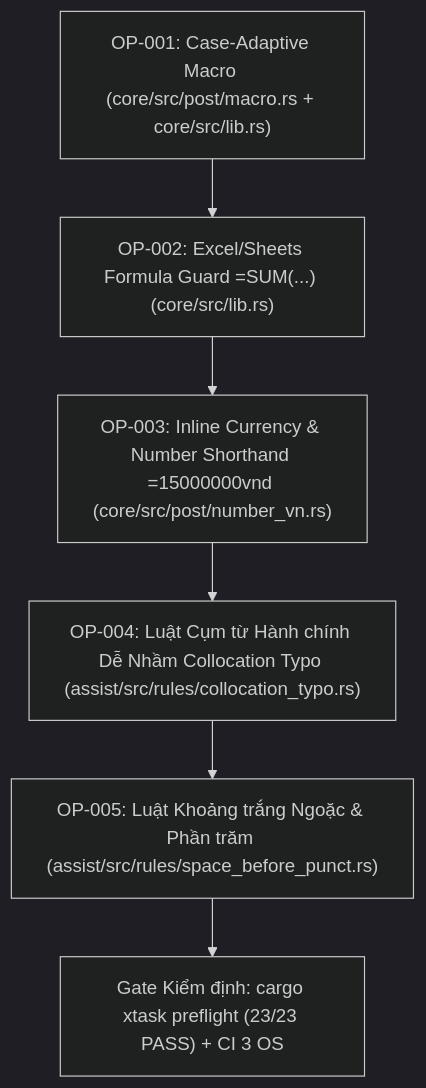
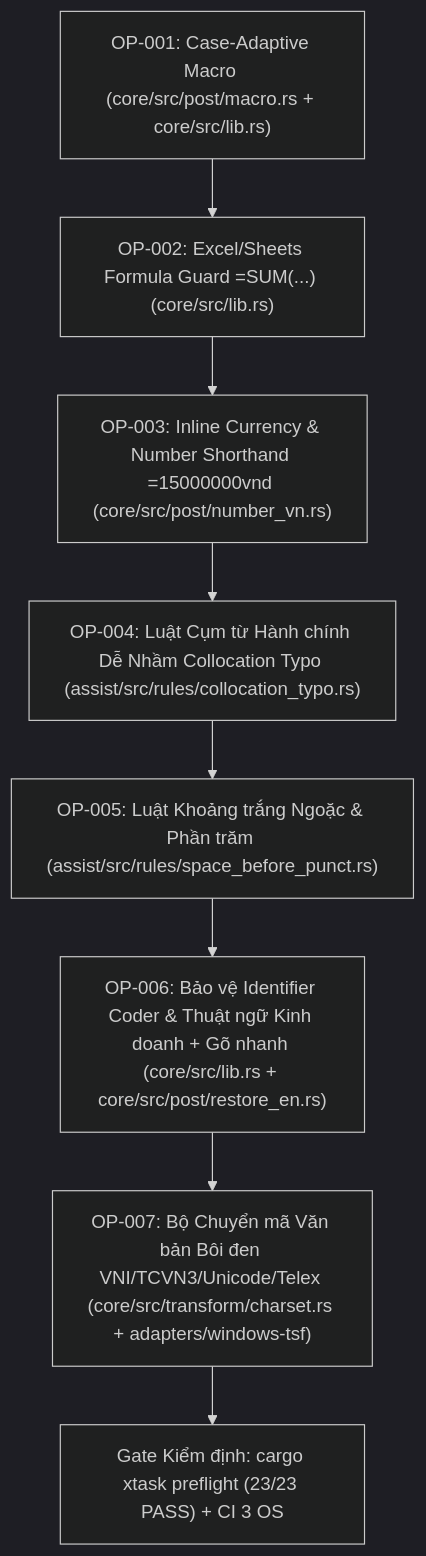
Before and after one commit to hunglinhpt/TextVN: the diagram in docs/50-assist/P5-OFFICE-PRODUCTIVITY-PLAN.md, drawn with Mermaid (dark theme). The commit also changed other lines of this file, not shown here.

Commit message:
docs(assist): expand P5 productivity plan with OP-006 (coder/business) and OP-007 (selection transcoder)

````diff
--- a/docs/50-assist/P5-OFFICE-PRODUCTIVITY-PLAN.md
+++ b/docs/50-assist/P5-OFFICE-PRODUCTIVITY-PLAN.md
@@ -13,11 +13,13 @@
 ```mermaid
 flowchart TD
     OP001["OP-001: Case-Adaptive Macro (core/src/post/macro.rs + core/src/lib.rs)"]
     OP002["OP-002: Excel/Sheets Formula Guard =SUM(...) (core/src/lib.rs)"]
     OP003["OP-003: Inline Currency & Number Shorthand =15000000vnd (core/src/post/number_vn.rs)"]
     OP004["OP-004: Luật Cụm từ Hành chính Dễ Nhầm Collocation Typo (assist/src/rules/collocation_typo.rs)"]
     OP005["OP-005: Luật Khoảng trắng Ngoặc & Phần trăm (assist/src/rules/space_before_punct.rs)"]
+    OP006["OP-006: Bảo vệ Identifier Coder & Thuật ngữ Kinh doanh + Gõ nhanh (core/src/lib.rs + core/src/post/restore_en.rs)"]
+    OP007["OP-007: Bộ Chuyển mã Văn bản Bôi đen VNI/TCVN3/Unicode/Telex (core/src/transform/charset.rs + adapters/windows-tsf)"]
     GATE["Gate Kiểm định: cargo xtask preflight (23/23 PASS) + CI 3 OS"]
 
-    OP001 --> OP002 --> OP003 --> OP004 --> OP005 --> GATE
+    OP001 --> OP002 --> OP003 --> OP004 --> OP005 --> OP006 --> OP007 --> GATE
 ```
````
